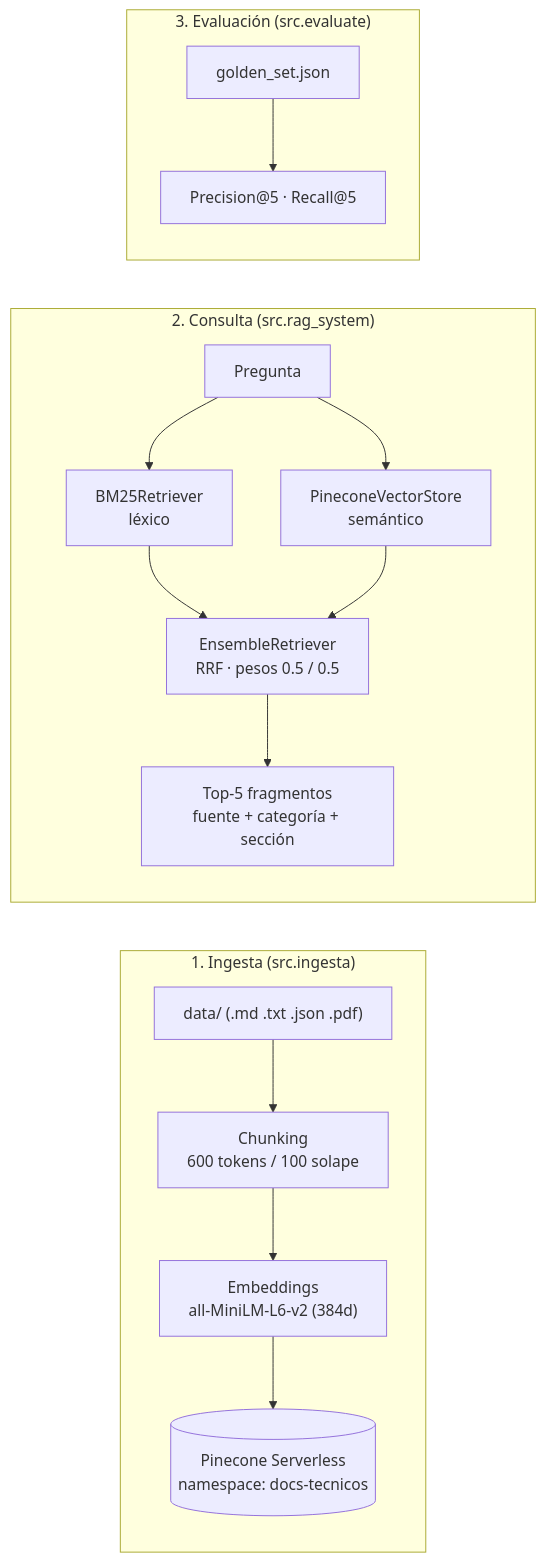
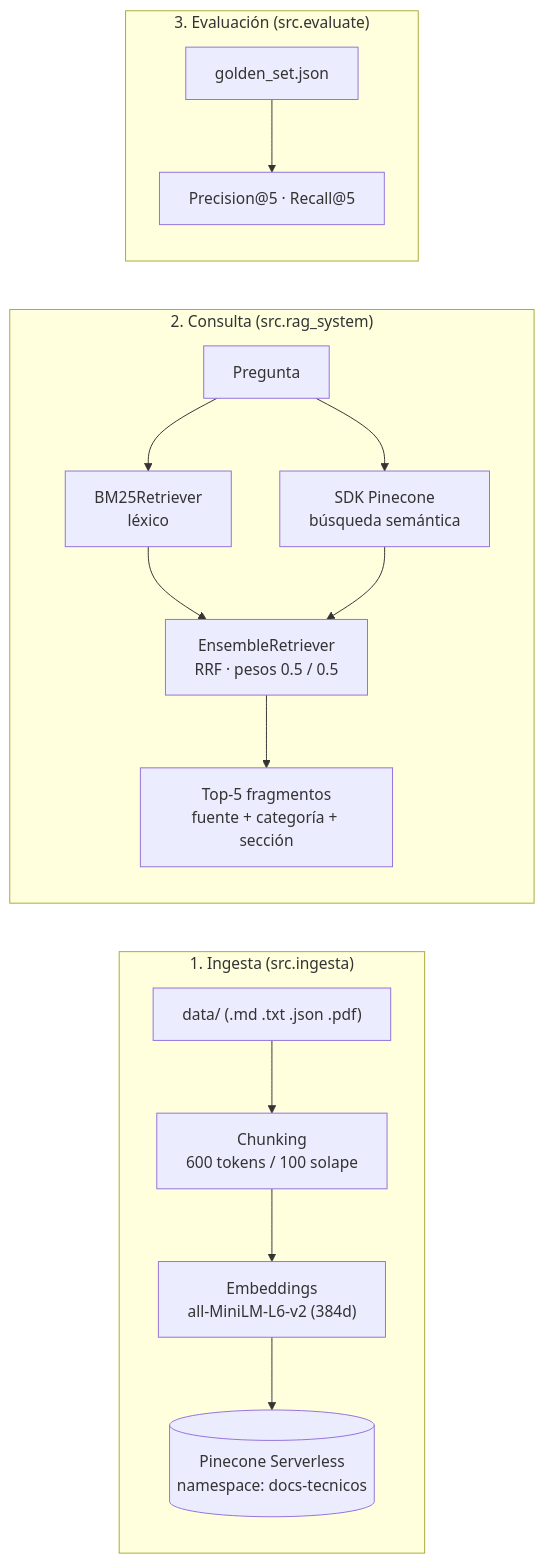
Before and after one commit to bcamusc/CH_PE_4: the diagram in README.md, drawn with Mermaid. The commit also changed other lines of this file and 5 other files, not shown here.

Commit message:
Pre-entrega 4: integracion con SDK nativo de Pinecone, dependencias fijadas y resultados reales de evaluacion (R@5 100%, P@5 51.4%)

````diff
--- a/README.md
+++ b/README.md
@@ -18,18 +18,18 @@
 ```mermaid
 flowchart LR
     subgraph ING["1. Ingesta (src.ingesta)"]
         D["data/ (.md .txt .json .pdf)"] --> C["Chunking<br/>600 tokens / 100 solape"]
         C --> E["Embeddings<br/>all-MiniLM-L6-v2 (384d)"]
         E --> P[("Pinecone Serverless<br/>namespace: docs-tecnicos")]
     end
     subgraph QRY["2. Consulta (src.rag_system)"]
         Q["Pregunta"] --> B["BM25Retriever<br/>léxico"]
-        Q --> V["PineconeVectorStore<br/>semántico"]
+        Q --> V["SDK Pinecone<br/>búsqueda semántica"]
         B --> R["EnsembleRetriever<br/>RRF · pesos 0.5 / 0.5"]
         V --> R
         R --> T["Top-5 fragmentos<br/>fuente + categoría + sección"]
     end
     subgraph EVAL["3. Evaluación (src.evaluate)"]
         G["golden_set.json"] --> M["Precision@5 · Recall@5"]
     end
 ```
````
